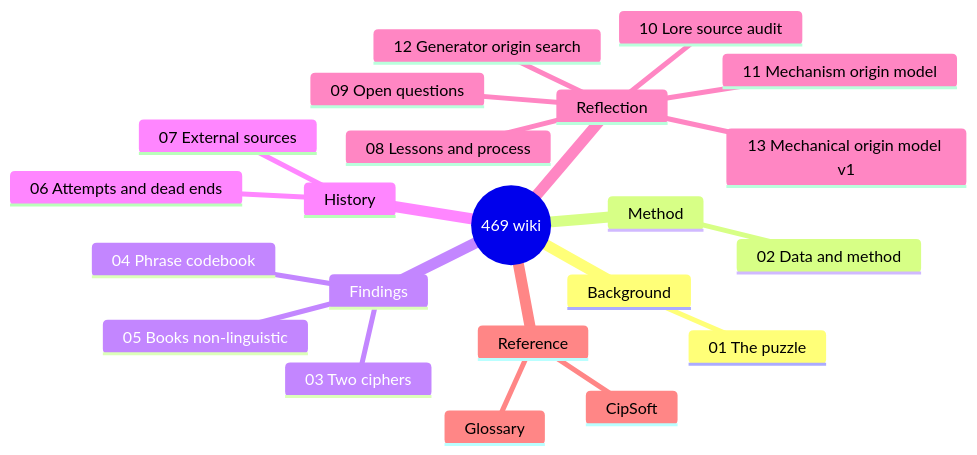
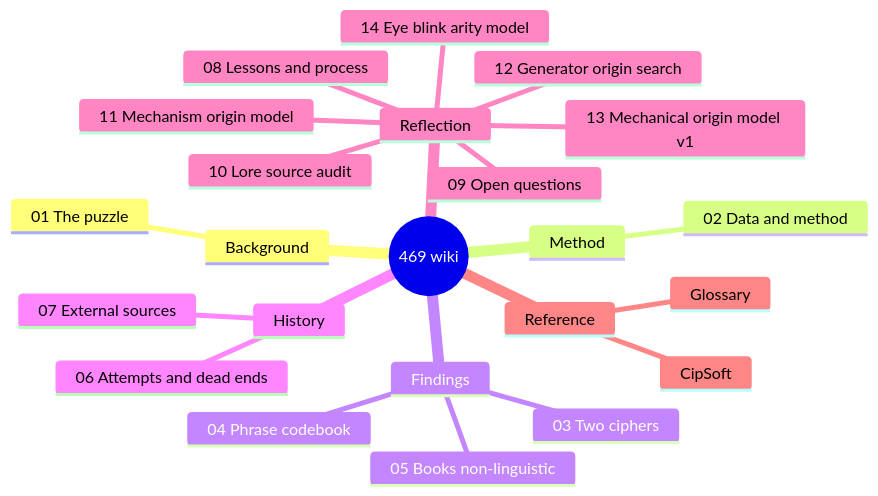
One commit to kimlage/tibia-469-cipher-casestudy changed the diagram in docs/wiki/README.md. Above: the diagram before and after it, drawn with Mermaid. The commit also changed other lines of this file and 15 other files, not shown here.

Commit message:
Test eye blink arity hypothesis

````diff
--- a/docs/wiki/README.md
+++ b/docs/wiki/README.md
@@ -57,25 +58,26 @@
 ```mermaid
 mindmap
   root((469 wiki))
     Background
       01 The puzzle
     Method
       02 Data and method
     Findings
       03 Two ciphers
       04 Phrase codebook
       05 Books non-linguistic
     History
       06 Attempts and dead ends
       07 External sources
     Reflection
       08 Lessons and process
       09 Open questions
       10 Lore source audit
       11 Mechanism origin model
       12 Generator origin search
       13 Mechanical origin model v1
+      14 Eye blink arity model
     Reference
       Glossary
       CipSoft
 ```
````
